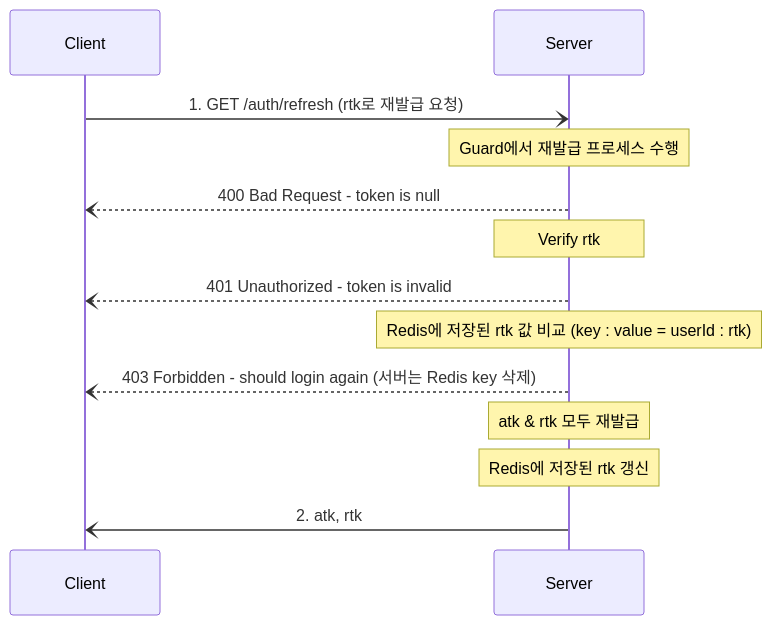
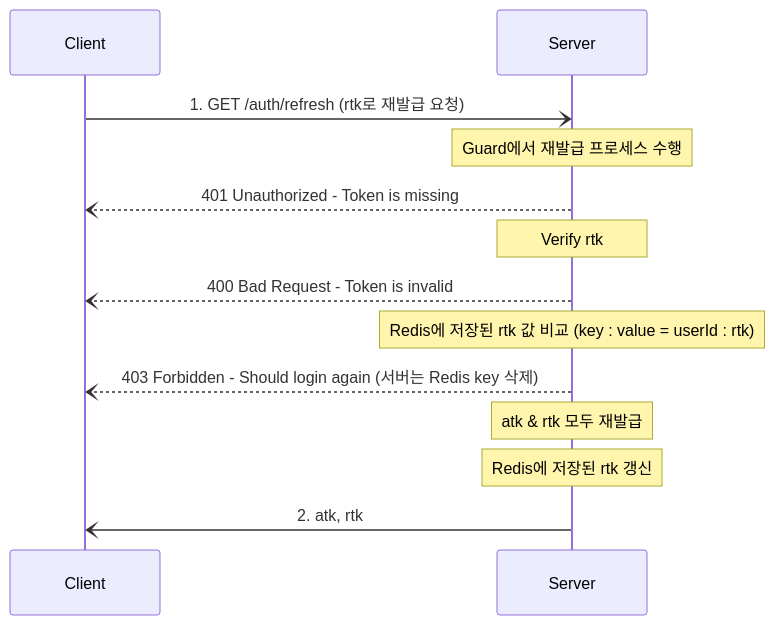
Before and after one commit to f-lab-edu/Bidders: the third of 3 diagrams in README.md, drawn with Mermaid. The commit also changed other lines of this file and 18 other files, not shown here.

````diff
--- a/README.md
+++ b/README.md
@@ -111,14 +111,14 @@
 ```mermaid
 sequenceDiagram
 
 Client-)Server: 1. GET /auth/refresh (rtk로 재발급 요청)
 Note over Server: Guard에서 재발급 프로세스 수행
-Server--)Client: 400 Bad Request - token is null
+Server--)Client: 401 Unauthorized - Token is missing
 Note over Server: Verify rtk
-Server--)Client: 401 Unauthorized - token is invalid
+Server--)Client: 400 Bad Request - Token is invalid
 Note over Server: Redis에 저장된 rtk 값 비교 (key : value = userId : rtk)
-Server--)Client: 403 Forbidden - should login again (서버는 Redis key 삭제)
+Server--)Client: 403 Forbidden - Should login again (서버는 Redis key 삭제)
 Note over Server: atk & rtk 모두 재발급
 Note over Server: Redis에 저장된 rtk 갱신
 Server-)Client: 2. atk, rtk
 ```
````
